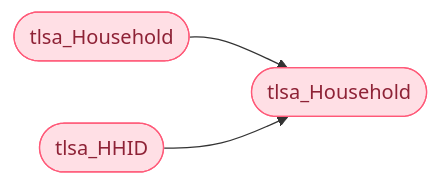
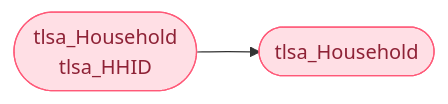
Before and after one commit to MollyMcEvilley/Matilda: diagram 17 of 19 in docs/06 - LSAHousehold.md, drawn with Mermaid. The commit also changed other lines of this file and 4 other files, not shown here.

Commit message:
formatting and diagrams

````diff
--- a/docs/06 - LSAHousehold.md
+++ b/docs/06 - LSAHousehold.md
@@ -1349,16 +1349,15 @@
 ```mermaid
 flowchart LR
 
-	T4([tlsa_Household]) & T2([tlsa_HHID])  -->T3([tlsa_Household])
+	T4([tlsa_Household
+  tlsa_HHID])  -->T3([tlsa_Household])
 
-  T2:::Temp
   T3:::Temp
 	T4:::Temp
 
 
 	classDef Temp stroke:#FF5978, fill:#FFDFE5, color:#8E2236
 	classDef LSA stroke:#FBB35A, fill:#FFEFDB, color:#8F632D 
 	classDef HMIS stroke:#374D7C, fill:#E2EBFF, color:#374D7C
-    	classDef Man stroke:#999999, fill:#EEEEEE, color:#000000
 	
 ```
````
